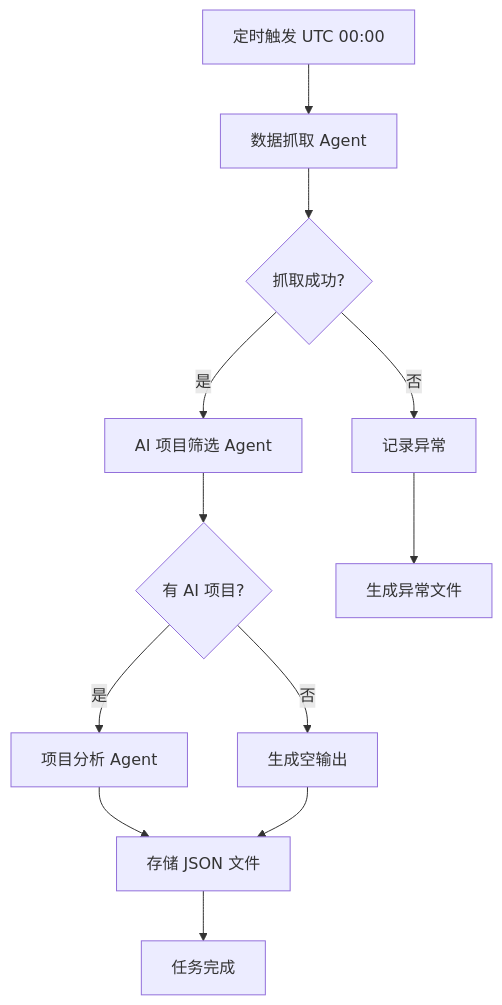
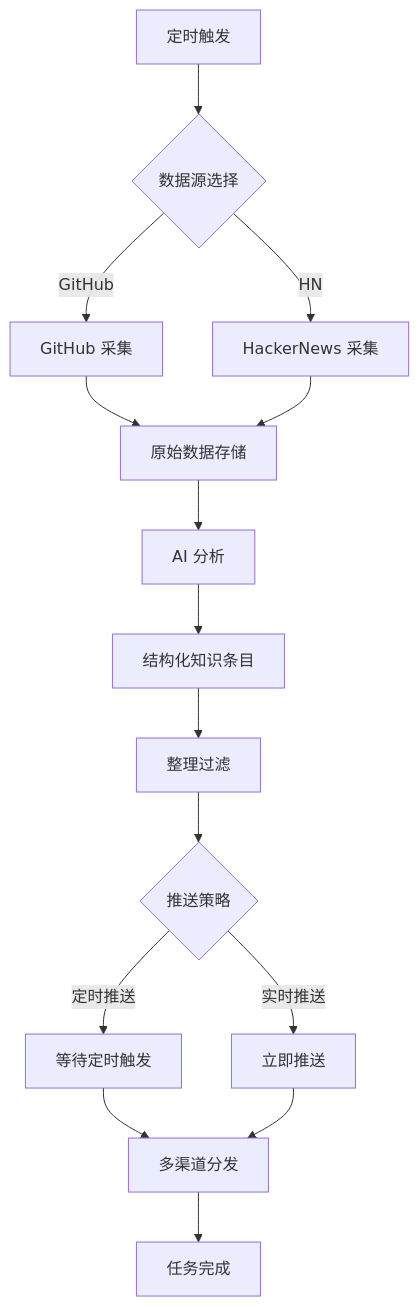
The diagram in AGENTS.md (DanielHHP/my-ai-knowledge-base), drawn with Mermaid before and after one commit. The commit also changed other lines of this file and 2 other files, not shown here.

````diff
--- a/AGENTS.md
+++ b/AGENTS.md
@@ -87,14 +189,17 @@
 ```mermaid
 graph TD
-    A[定时触发 UTC 00:00] --> B[数据抓取 Agent]
-    B --> C{抓取成功?}
-    C -->|是| D[AI 项目筛选 Agent]
-    C -->|否| E[记录异常]
-    D --> F{有 AI 项目?}
-    F -->|是| G[项目分析 Agent]
-    F -->|否| H[生成空输出]
-    G --> I[存储 JSON 文件]
-    H --> I
-    E --> J[生成异常文件]
-    I --> K[任务完成]
+    A[定时触发] --> B{数据源选择}
+    B -->|GitHub| C[GitHub 采集]
+    B -->|HN| D[HackerNews 采集]
+    C --> E[原始数据存储]
+    D --> E
+    E --> F[AI 分析]
+    F --> G[结构化知识条目]
+    G --> H[整理过滤]
+    H --> I{推送策略}
+    I -->|定时推送| J[等待定时触发]
+    I -->|实时推送| K[立即推送]
+    J --> L[多渠道分发]
+    K --> L
+    L --> M[任务完成]
 ```
````
